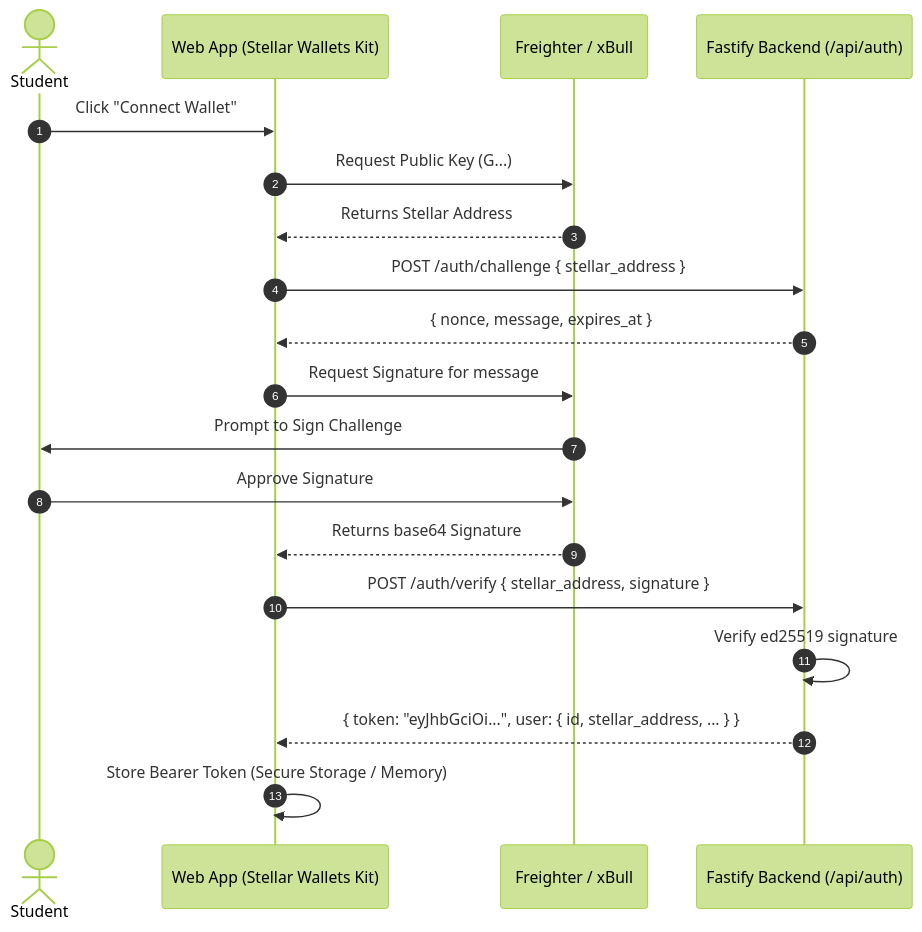
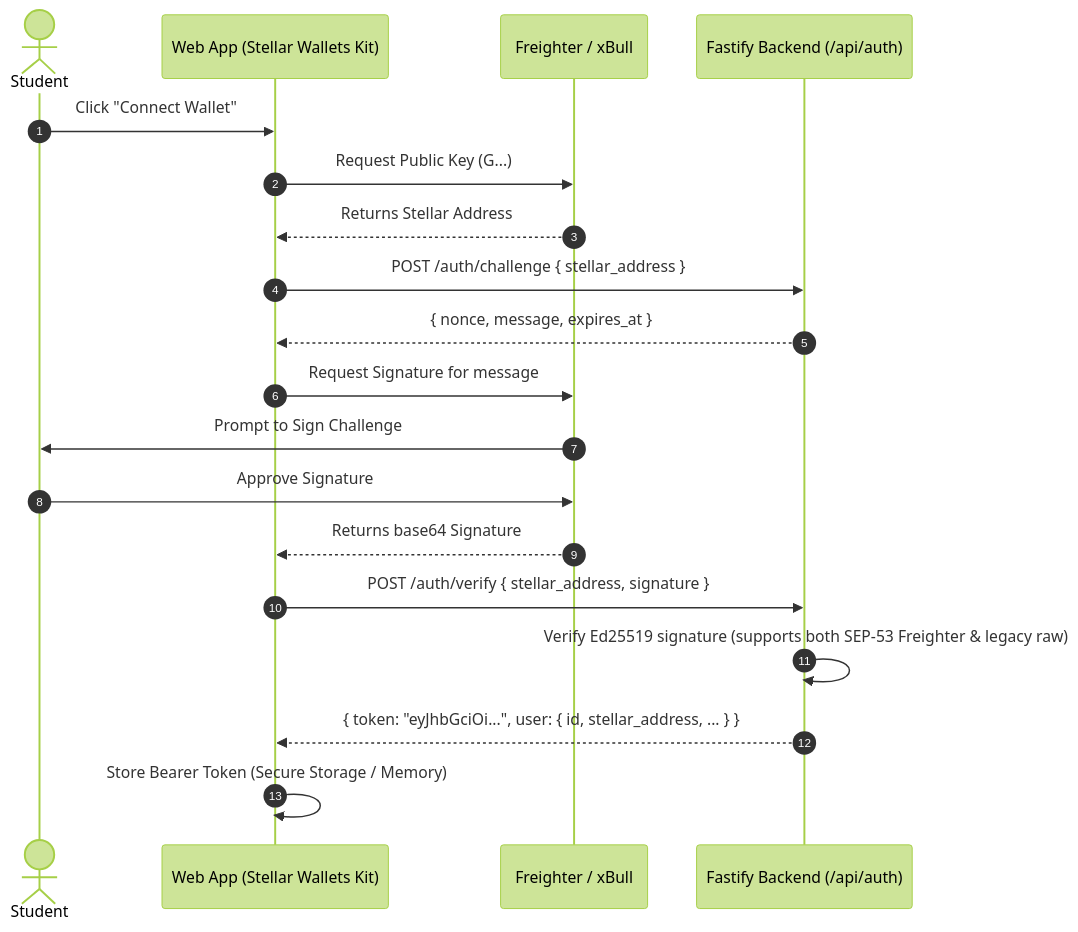
The diagram in HANDSHAKE.md (martins-ngene/stellarcampu), drawn with Mermaid (forest theme) before and after one commit. The commit also changed other lines of this file and 10 other files, not shown here.

````diff
--- a/HANDSHAKE.md
+++ b/HANDSHAKE.md
@@ -28,25 +28,25 @@
 ```mermaid
 sequenceDiagram
     autonumber
     actor Student
     participant Frontend as Web App (Stellar Wallets Kit)
     participant Wallet as Freighter / xBull
     participant API as Fastify Backend (/api/auth)
 
     Student->>Frontend: Click "Connect Wallet"
     Frontend->>Wallet: Request Public Key (G...)
     Wallet-->>Frontend: Returns Stellar Address
 
     Frontend->>API: POST /auth/challenge { stellar_address }
     API-->>Frontend: { nonce, message, expires_at }
 
     Frontend->>Wallet: Request Signature for message
     Wallet->>Student: Prompt to Sign Challenge
     Student->>Wallet: Approve Signature
     Wallet-->>Frontend: Returns base64 Signature
 
     Frontend->>API: POST /auth/verify { stellar_address, signature }
-    API->>API: Verify ed25519 signature
+    API->>API: Verify Ed25519 signature (supports both SEP-53 Freighter & legacy raw)
     API-->>Frontend: { token: "eyJhbGciOi...", user: { id, stellar_address, ... } }
     Frontend->>Frontend: Store Bearer Token (Secure Storage / Memory)
 ```
````
